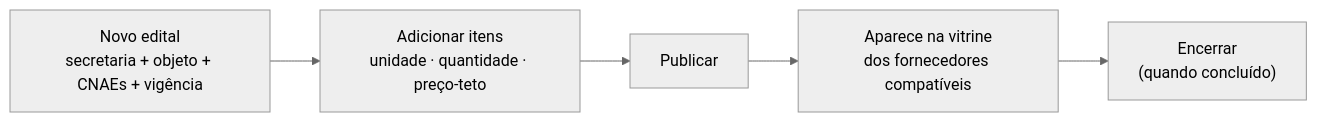
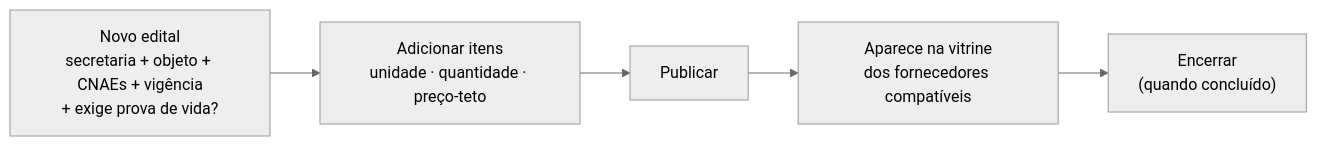
The third of 5 diagrams in spec/manuais/manual-administrador.md (hydrosdesenvolvimento/compraMais), drawn with Mermaid (neutral theme) before and after one commit. The commit also changed other lines of this file and 3 other files, not shown here.

First line of the commit message:
docs(manuais): prova de vida opcional por edital (md + html)

````diff
--- a/spec/manuais/manual-administrador.md
+++ b/spec/manuais/manual-administrador.md
@@ -144,7 +144,7 @@
 ```mermaid
 flowchart LR
-    A["Novo edital<br/>secretaria + objeto + CNAEs + vigência"] --> B["Adicionar itens<br/>unidade · quantidade · preço-teto"]
+    A["Novo edital<br/>secretaria + objeto + CNAEs + vigência<br/>+ exige prova de vida?"] --> B["Adicionar itens<br/>unidade · quantidade · preço-teto"]
     B --> C["Publicar"]
     C --> D["Aparece na vitrine<br/>dos fornecedores compatíveis"]
     D --> E["Encerrar<br/>(quando concluído)"]
 ```
````
